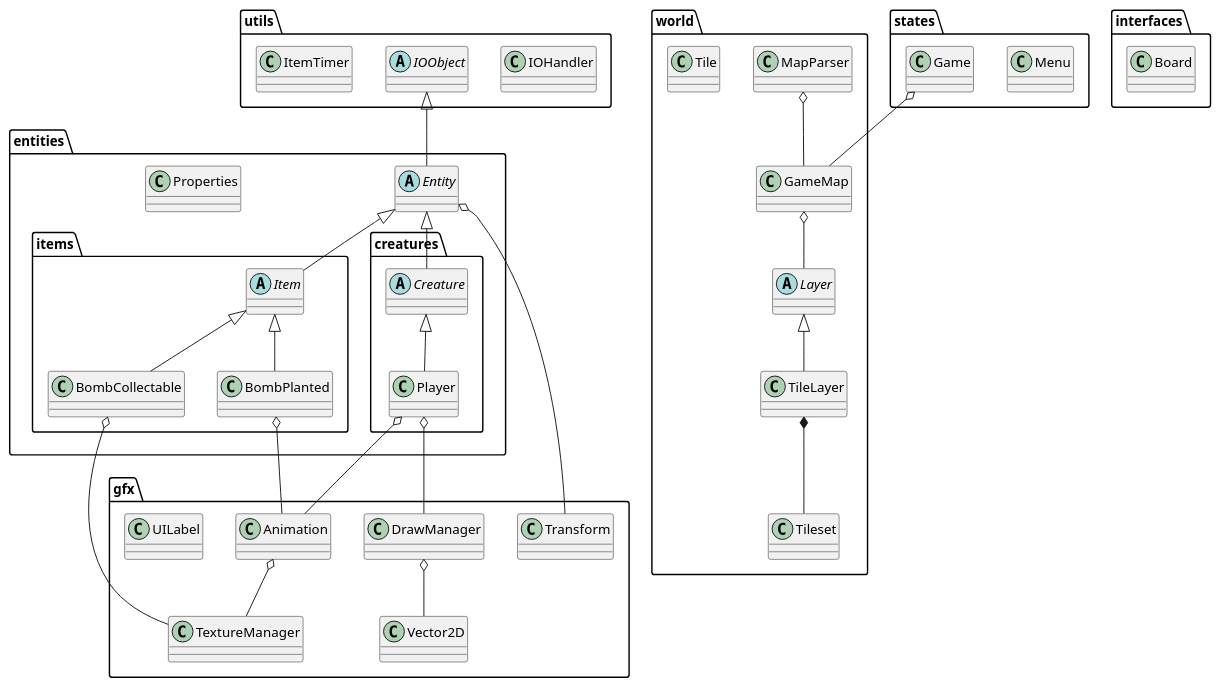
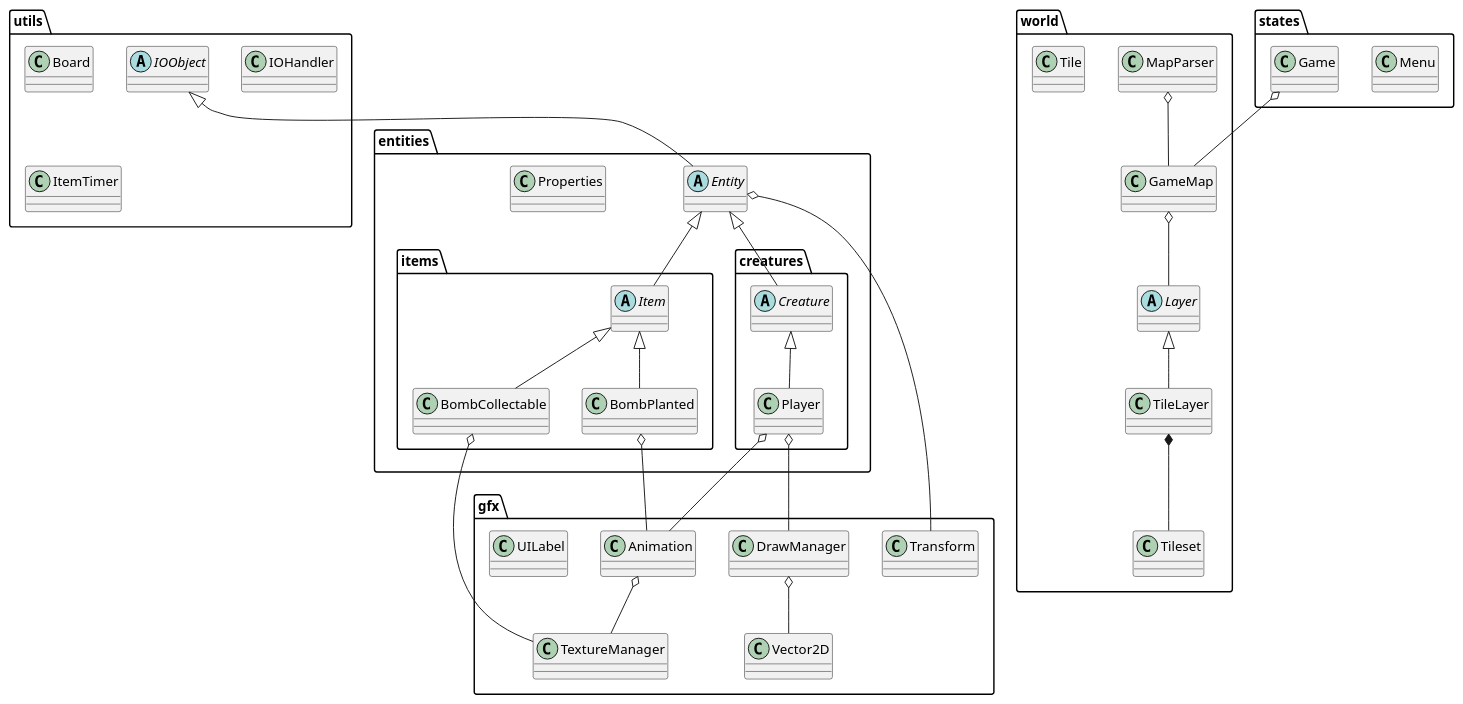
Before and after one commit to nicchongwb/okBoomer-CPP: the diagram in OkBoomer/uml_compact.puml, drawn with PlantUML. The commit also changed 3 other files, not shown here.

Commit message:
UML update shifted board to be under utils package

```diff
--- a/OkBoomer/uml_compact.puml
+++ b/OkBoomer/uml_compact.puml
@@ -1,149 +1,149 @@
 @startuml
 /' Objects '/
 abstract class entities.Entity {
 }
 
 abstract class entities.items.Item {
 }
 
 class entities.items.BombCollectable {
 }
 
 
 class entities.items.BombPlanted {
 }
 
 
 abstract class entities.creatures.Creature {
 }
 
 class entities.creatures.Player {
 }
 
 class gfx.Animation {
 }
 
 
 class gfx.DrawManager {
 }
 
 abstract class world.Layer {
 }
 
 
 class world.MapParser {
 }
 
 
 class states.Menu {
 }
 
 class gfx.TextureManager {
 }
 
 
 class gfx.Transform {
 }
 
 
 class gfx.Vector2D {
 }
 
 class entities.Properties {
 }
 
 class states.Game {
 }
 
-class interfaces.Board {
+class utils.Board {
 }
 
 
 class world.GameMap {
 }
 
 class gfx.UILabel {
 }
 
 class world.Tile {
 }
 
 
 class world.TileLayer {
 }
 
 class world.Tileset {
 }
 
 class utils.IOHandler {
 }
 
 
 abstract class utils.IOObject {
 }
 
 class utils.ItemTimer {
 }
 
 /' Inheritance relationships '/
 
 .entities.creatures.Creature <|-- .entities.creatures.Player
 
 
 .entities.Entity <|-- .entities.creatures.Creature
 
 
 .entities.Entity <|-- .entities.items.Item
 
 
 .utils.IOObject <|-- .entities.Entity
 
 
 .entities.items.Item <|-- .entities.items.BombCollectable
 
 
 .entities.items.Item <|-- .entities.items.BombPlanted
 
 
 .world.Layer <|-- .world.TileLayer
 
 /' Aggregation relationships '/
 
 
 .entities.items.BombCollectable o-- .gfx.TextureManager
 
 
 .entities.items.BombPlanted o-- .gfx.Animation
 
 
 .gfx.DrawManager o-- .gfx.Vector2D
 
 
 .entities.Entity o-- .gfx.Transform
 
 
 .states.Game o-- .world.GameMap
 
 
 .world.GameMap o-- .world.Layer
 
 
 .world.MapParser o-- .world.GameMap
 
 
 .entities.creatures.Player o-- .gfx.Animation
 
 
 .entities.creatures.Player o-- .gfx.DrawManager
 
 
 .gfx.Animation o-- .gfx.TextureManager
 
 
 .world.TileLayer *-- .world.Tileset
 
 
 /' Nested objects '/
 
 
 @enduml
```
